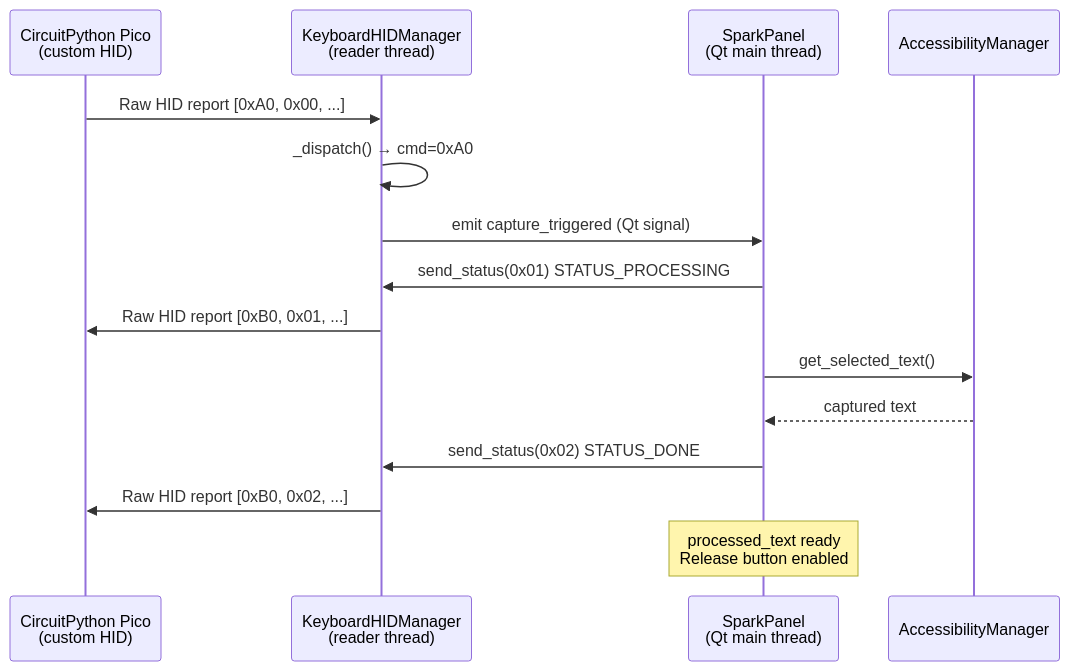
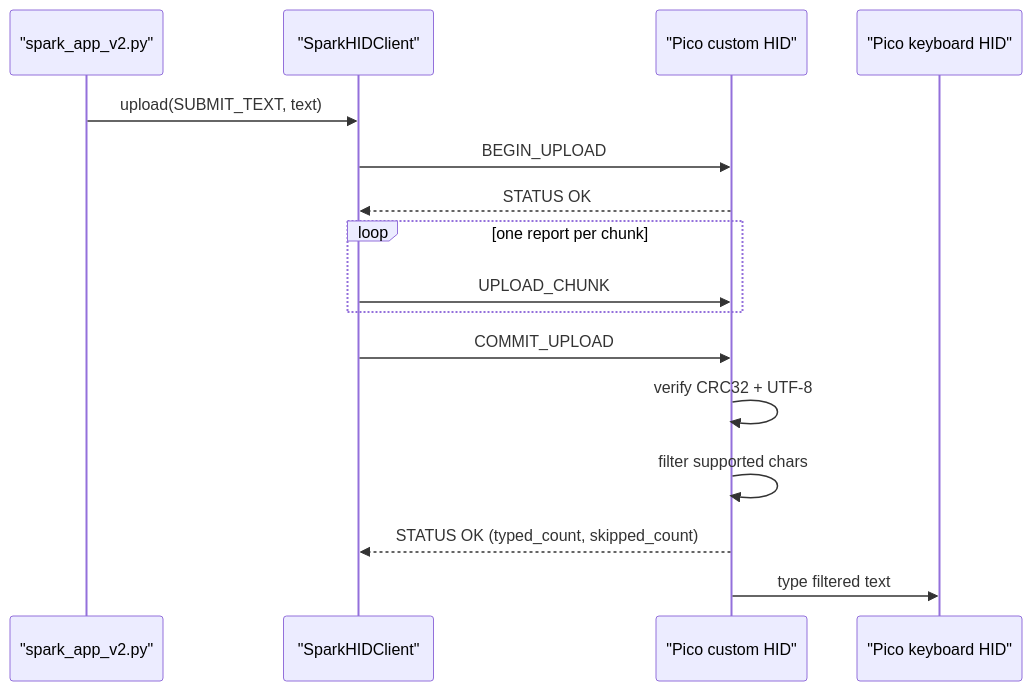
The first of 3 diagrams in ENGINEERING_SPEC.md (Tatyana-AC/SPARK), drawn with Mermaid before and after one commit. The commit also changed other lines of this file and 17 other files, not shown here.

Commit message:
Implement CircuitPython Pico firmware and deploy tooling

````diff
--- a/ENGINEERING_SPEC.md
+++ b/ENGINEERING_SPEC.md
@@ -262,22 +215,19 @@
 ```mermaid
 sequenceDiagram
-    participant KB as CircuitPython Pico<br/>(custom HID)
-    participant HID as KeyboardHIDManager<br/>(reader thread)
-    participant App as SparkPanel<br/>(Qt main thread)
-    participant Acc as AccessibilityManager
+    participant App as "spark_app_v2.py"
+    participant HID as "SparkHIDClient"
+    participant Pico as "Pico custom HID"
+    participant KB as "Pico keyboard HID"
 
-    KB->>HID: Raw HID report [0xA0, 0x00, ...]
-    HID->>HID: _dispatch() → cmd=0xA0
-    HID->>App: emit capture_triggered  (Qt signal)
-
-    App->>HID: send_status(0x01)  STATUS_PROCESSING
-    HID->>KB: Raw HID report [0xB0, 0x01, ...]
-
-    App->>Acc: get_selected_text()
-    Acc-->>App: captured text
-
-    App->>HID: send_status(0x02)  STATUS_DONE
-    HID->>KB: Raw HID report [0xB0, 0x02, ...]
-
-    Note over App: processed_text ready<br/>Release button enabled
+    App->>HID: upload(SUBMIT_TEXT, text)
+    HID->>Pico: BEGIN_UPLOAD
+    Pico-->>HID: STATUS OK
+    loop one report per chunk
+        HID->>Pico: UPLOAD_CHUNK
+    end
+    HID->>Pico: COMMIT_UPLOAD
+    Pico->>Pico: verify CRC32 + UTF-8
+    Pico->>Pico: filter supported chars
+    Pico-->>HID: STATUS OK (typed_count, skipped_count)
+    Pico->>KB: type filtered text
 ```
````
